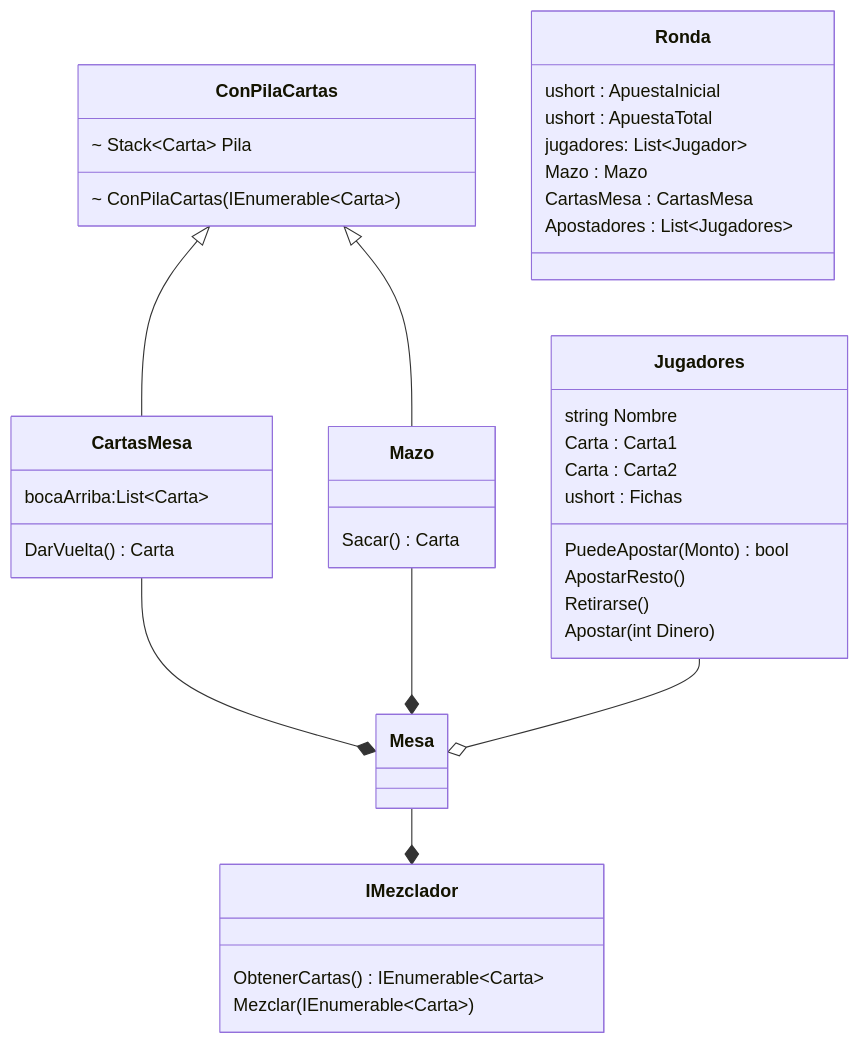
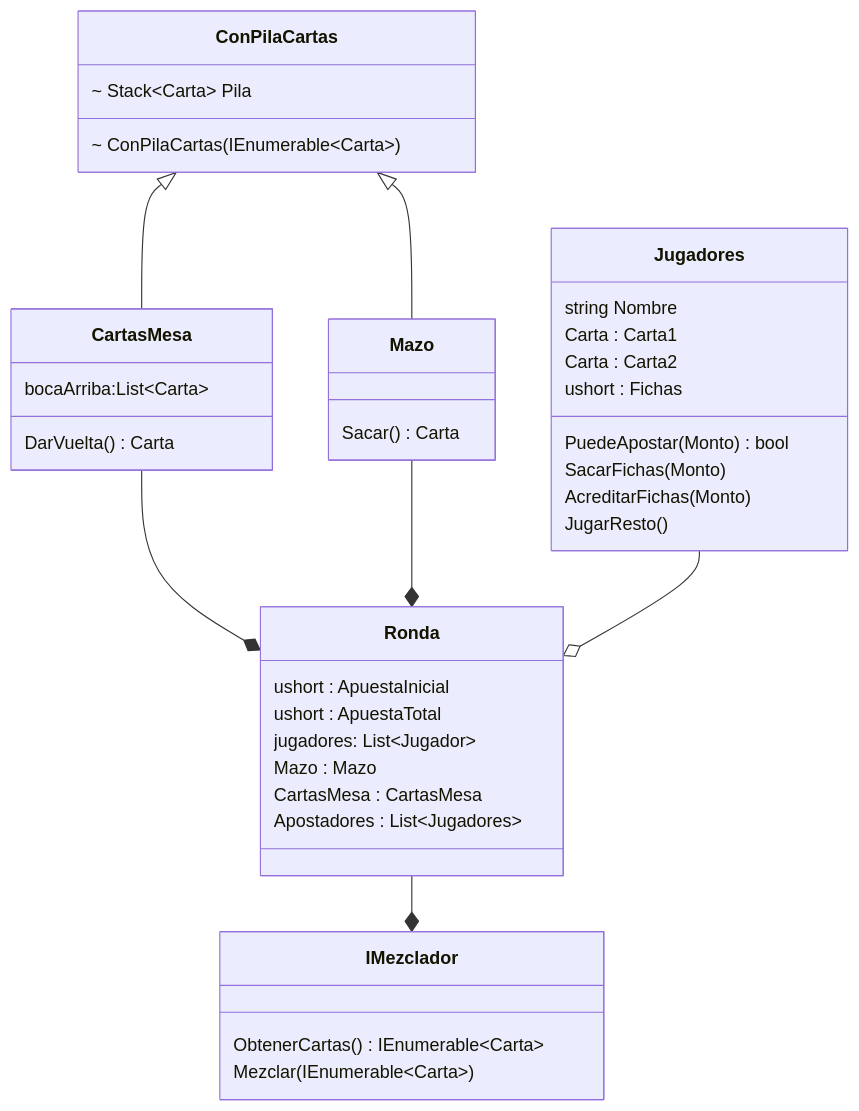
Before and after one commit to luchoxx87/Poker12: the diagram in README.md, drawn with Mermaid.

Commit message:
Diagrama Poker

````diff
--- a/README.md
+++ b/README.md
@@ -2,52 +2,52 @@
 ```mermaid
 classDiagram
 
     ConPilaCartas <|-- CartasMesa
     ConPilaCartas <|-- Mazo
-    CartasMesa --* Mesa
-    Mazo --* Mesa
-    Mesa --* IMezclador
-    Jugadores --o Mesa
+    CartasMesa --* Ronda
+    Mazo --* Ronda
+    Ronda --* IMezclador
+    Jugadores --o Ronda
 
 
     class Jugadores{
         string Nombre
         Carta : Carta1
         Carta : Carta2
         ushort : Fichas
         PuedeApostar(Monto) bool
-        ApostarResto()
-        Retirarse()
-        Apostar(int Dinero)
+        SacarFichas(Monto)
+        AcreditarFichas(Monto)
+        JugarResto()
     }
 
     class IMezclador{
         ObtenerCartas() IEnumerable~Carta~
         Mezclar (IEnumerable~Carta~)
     }
 
     class Mazo{
         Sacar() Carta
     }
 
     class CartasMesa{
         bocaArriba:List~Carta~
         DarVuelta() Carta
     }
 
     class Ronda{
         ushort : ApuestaInicial
         ushort : ApuestaTotal
         jugadores: List~Jugador~
         Mazo : Mazo
         CartasMesa : CartasMesa
         Apostadores : List~Jugadores~
     }
 
     class ConPilaCartas{
         ~ Stack~Carta~ Pila
         ~ ConPilaCartas(IEnumerable~Carta~)
     }
 
 
 ```
````
